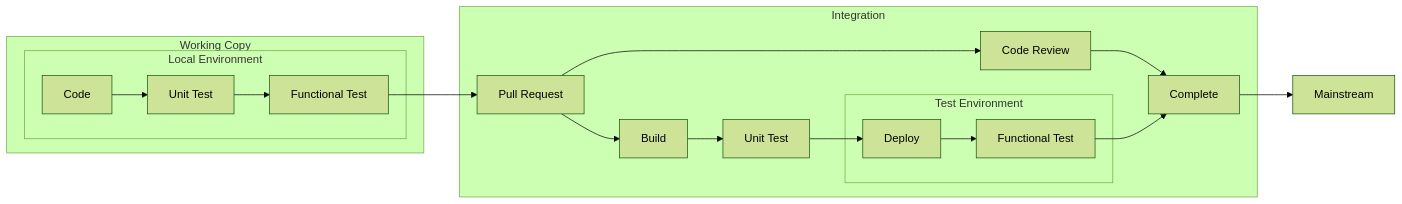
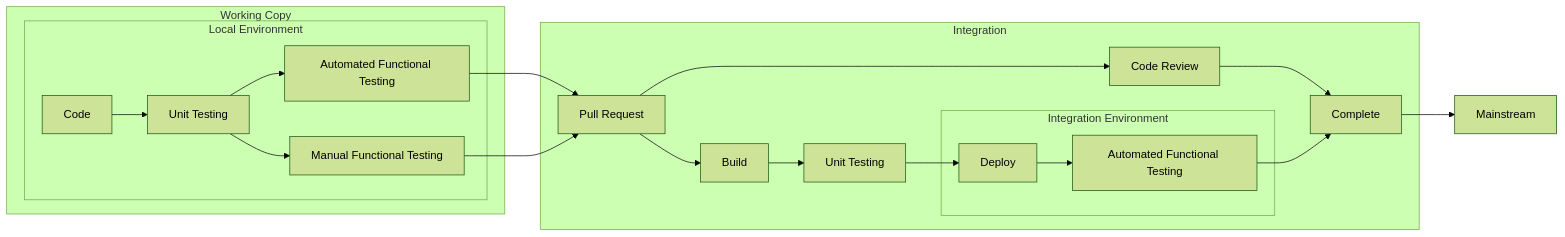
Before and after one commit to gyuwon/ArchitecturalRunwayGuidelines: diagram 24 of 27 in README.md, drawn with Mermaid (forest theme). The commit also changed other lines of this file, not shown here.

````diff
--- a/README.md
+++ b/README.md
@@ -749,26 +749,28 @@
 ```mermaid
 flowchart LR
 
 subgraph w[Working Copy]
   subgraph l[Local Environment]
-    c[Code]-->lut[Unit Test]
-    lut-->lft[Functional Test]
+    c[Code]-->lut[Unit Testing]
+    lut-->laft[Automated Functional Testing]
+    lut-->lmft[Manual Functional Testing]
   end
 end
 
-lft-->pr[Pull Request]
+laft-->pr[Pull Request]
+lmft-->pr[Pull Request]
 
 subgraph i[Integration]
   pr-->ib[Build]
-  ib-->iut[Unit Test]
+  ib-->iut[Unit Testing]
   pr-->cr[Code Review]
-  iut-->td[Deploy]
-  subgraph t[Test Environment]
-    td-->tft[Functional Test]
+  iut-->id[Deploy]
+  subgraph ie[Integration Environment]
+    id-->ift[Automated Functional Testing]
   end
   cr-->prc[Complete]
-  tft-->prc
+  ift-->prc
 end
 
 prc-->m[Mainstream]
 ```
````
